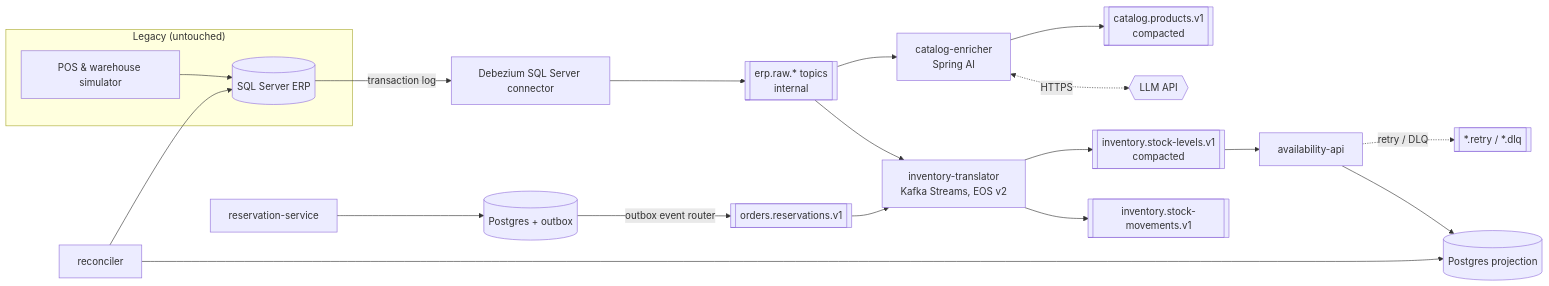
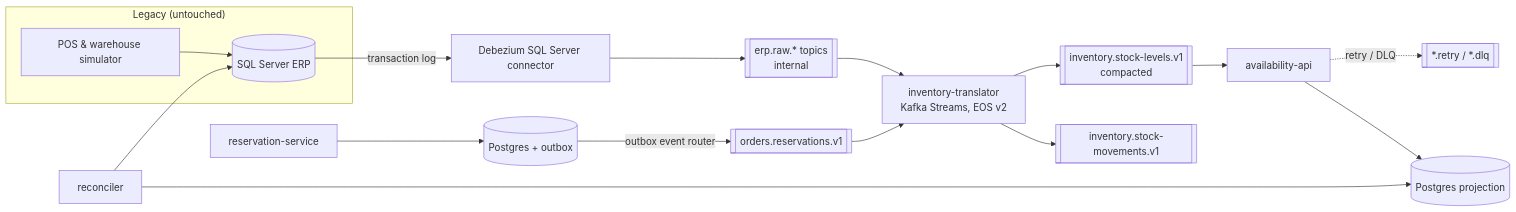
One commit to ManuOlivarh/legacy-inventory-modernization changed the diagram in docs/design.md. Above: the diagram before and after it, drawn with Mermaid. The commit also changed other lines of this file and 2 other files, not shown here.

Commit message:
docs: route reservations by SKU ownership and drop the catalog enricher (ADRs 003-004)

````diff
--- a/docs/design.md
+++ b/docs/design.md
@@ -43,28 +40,25 @@
 ```mermaid
 flowchart LR
   subgraph Legacy["Legacy (untouched)"]
     SIM[POS & warehouse simulator] --> ERP[(SQL Server ERP)]
   end
 
   ERP -- transaction log --> DBZ[Debezium SQL Server connector]
   DBZ --> RAW[[erp.raw.* topics<br/>internal]]
 
   RAW --> ACL[inventory-translator<br/>Kafka Streams, EOS v2]
   ACL --> MOV[[inventory.stock-movements.v1]]
   ACL --> LVL[[inventory.stock-levels.v1<br/>compacted]]
 
   RES[reservation-service] --> RDB[(Postgres + outbox)]
   RDB -- outbox event router --> RSV[[orders.reservations.v1]]
   RSV --> ACL
 
   LVL --> API[availability-api]
   API --> PDB[(Postgres projection)]
   API -. retry / DLQ .-> DLQ[[*.retry / *.dlq]]
 
   REC[reconciler] --> ERP
   REC --> PDB
 
-  RAW --> ENR[catalog-enricher<br/>Spring AI]
-  ENR <-. HTTPS .-> LLM{{LLM API}}
-  ENR --> CAT[[catalog.products.v1<br/>compacted]]
 ```
````
